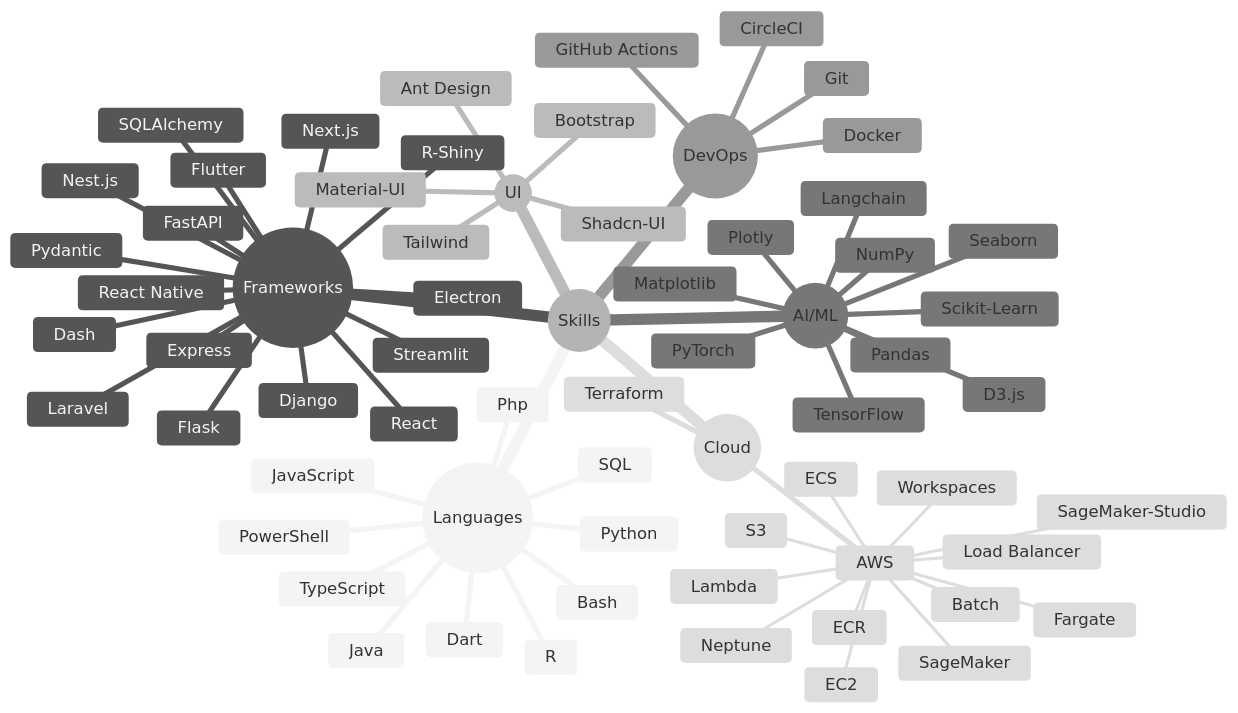
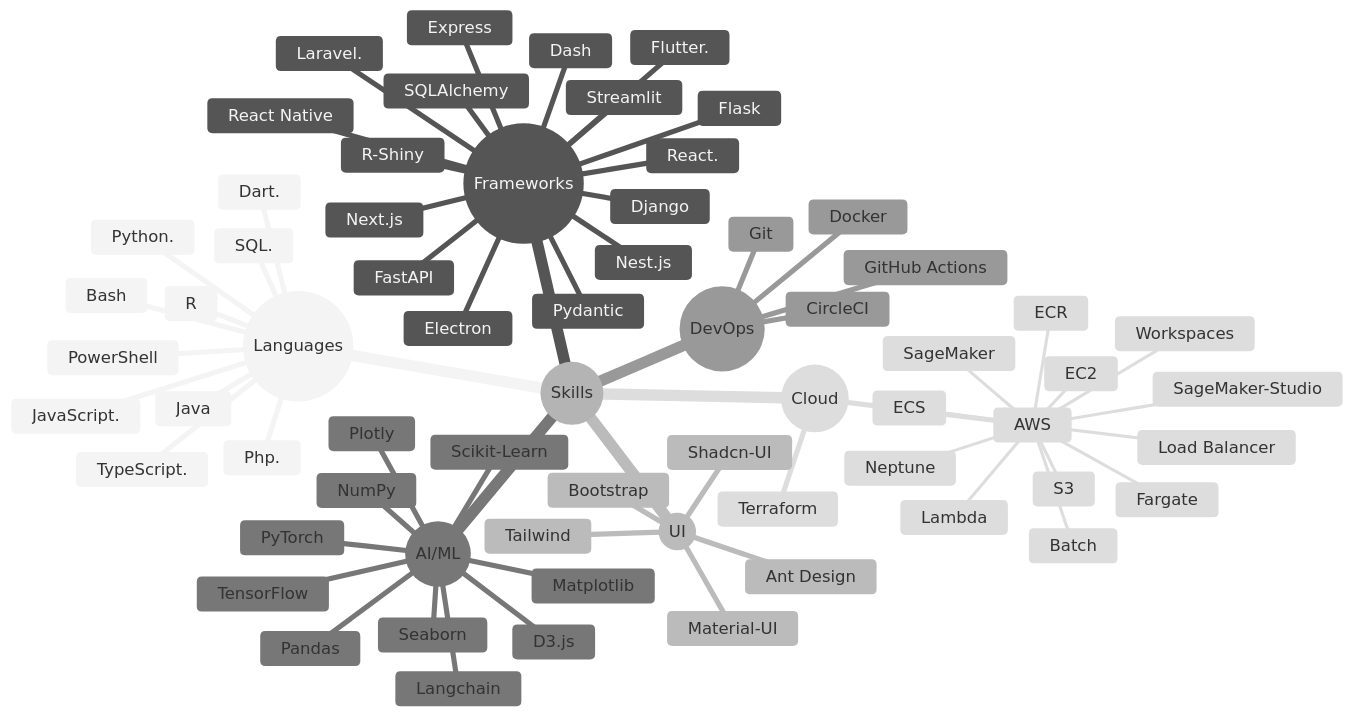
Before and after one commit to eisax/eisax: the diagram in README.md, drawn with Mermaid (neutral theme).

````diff
--- a/README.md
+++ b/README.md
@@ -24,69 +24,69 @@
 ```mermaid
 mindmap
   root((Skills))
     ((Languages))
-      Python
-      JavaScript
-      TypeScript
+      Python.
+      JavaScript.
+      TypeScript.
       Java
-      Php
-      Dart
+      Php.
+      Dart.
       R
-      SQL
+      SQL.
       Bash
       PowerShell
     ((Frameworks))
-      React
+      React.
       Flask
       React Native
-      Flutter
+      Flutter.
       Nest.js
       Django
       FastAPI
       Express
-      Laravel
+      Laravel.
       Electron
       Next.js
       Dash
       R-Shiny
       Streamlit
       Pydantic
       SQLAlchemy
     ((UI))
       Material-UI
       Tailwind
       Shadcn-UI
       Ant Design
       Bootstrap
     ((AI/ML))
       PyTorch
       TensorFlow
       Plotly
       D3.js
       Pandas
       NumPy
       Matplotlib
       Seaborn
       Scikit-Learn
       Langchain
     ((DevOps))
       Git
       Docker
       CircleCI
       GitHub Actions
     ((Cloud))
       AWS
         S3
         Lambda
         SageMaker
         SageMaker-Studio
         Batch
         ECR
         Fargate
         EC2
         Workspaces
         Neptune
         ECS
         Load Balancer
       Terraform
 ``` 
````
